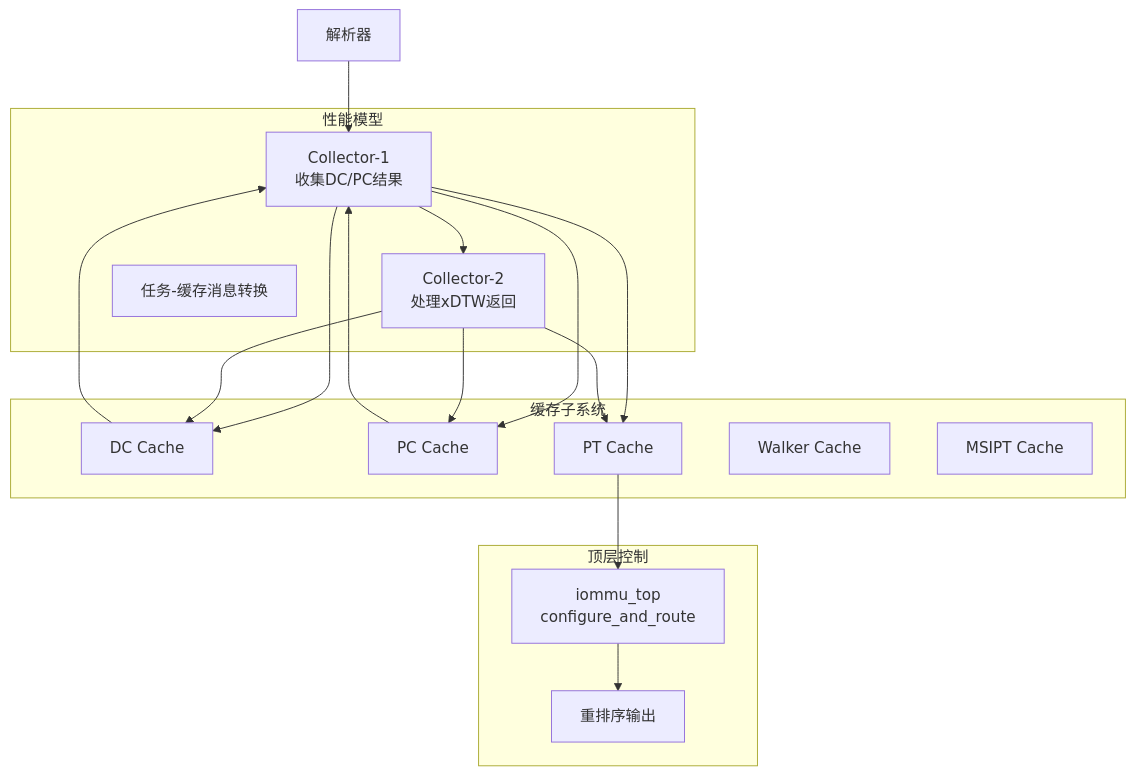
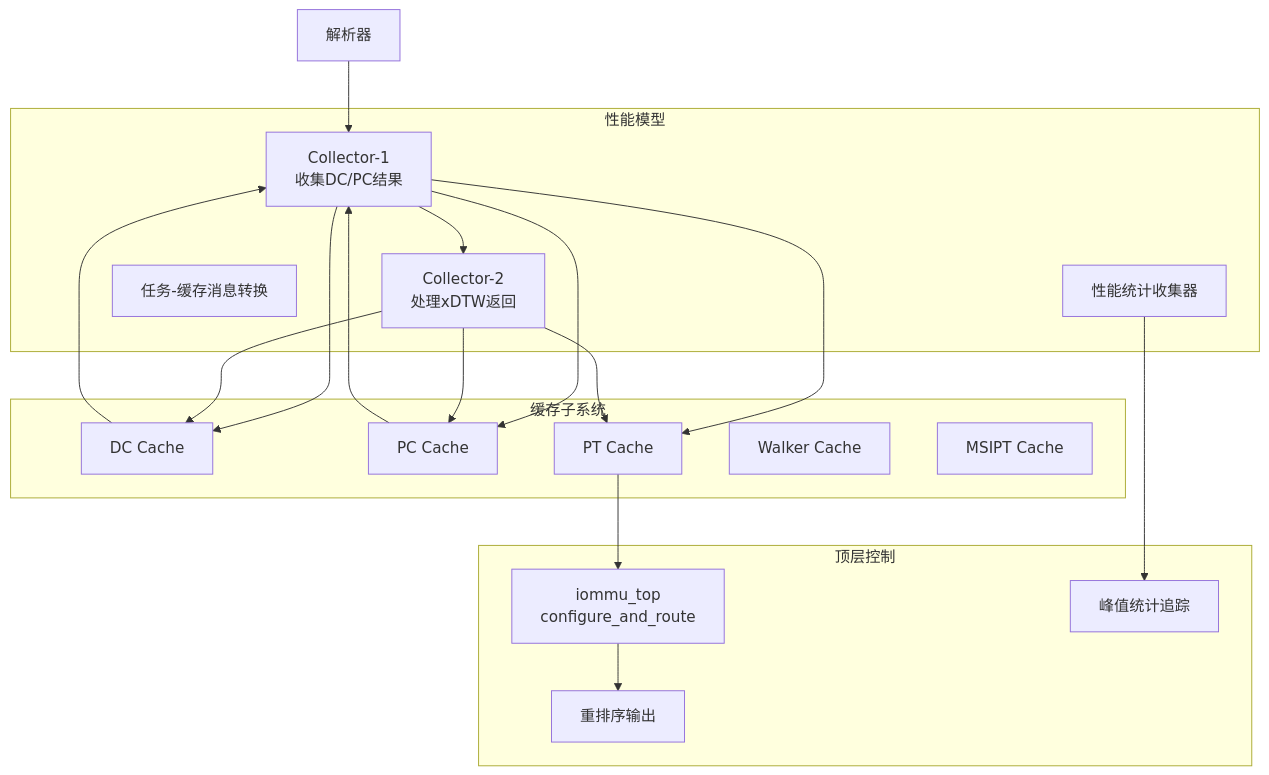
Before and after one commit to jiangjiang1122/iommu_model_20260401_v1: the first of 7 diagrams in .qoder/repowiki/zh/content/性能模型实现/Collector模块.md, drawn with Mermaid. The commit also changed other lines of this file and 48 other files, not shown here.

````diff
--- a/.qoder/repowiki/zh/content/性能模型实现/Collector模块.md
+++ b/.qoder/repowiki/zh/content/性能模型实现/Collector模块.md
@@ -42,31 +53,34 @@
 ```mermaid
 graph TB
 subgraph "性能模型"
 C1["Collector-1<br/>收集DC/PC结果"]
 C2["Collector-2<br/>处理xDTW返回"]
 Conv["任务-缓存消息转换"]
+Stats["性能统计收集器"]
 end
 subgraph "缓存子系统"
 DC["DC Cache"]
 PC["PC Cache"]
 PT["PT Cache"]
 WC["Walker Cache"]
 MSIP["MSIPT Cache"]
 end
 subgraph "顶层控制"
 Top["iommu_top<br/>configure_and_route"]
 RR["重排序输出"]
+Peak["峰值统计追踪"]
 end
 Parser["解析器"] --> C1
 C1 --> DC
 C1 --> PC
 DC --> C1
 PC --> C1
 C1 --> C2
 C2 --> DC
 C2 --> PC
 C1 --> PT
 C2 --> PT
 PT --> Top
 Top --> RR
+Stats --> Peak
 ```
````
